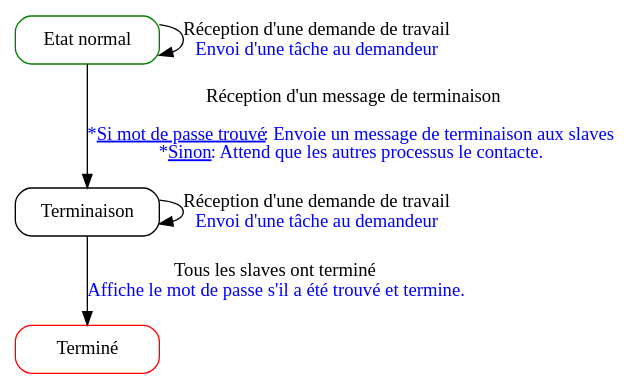
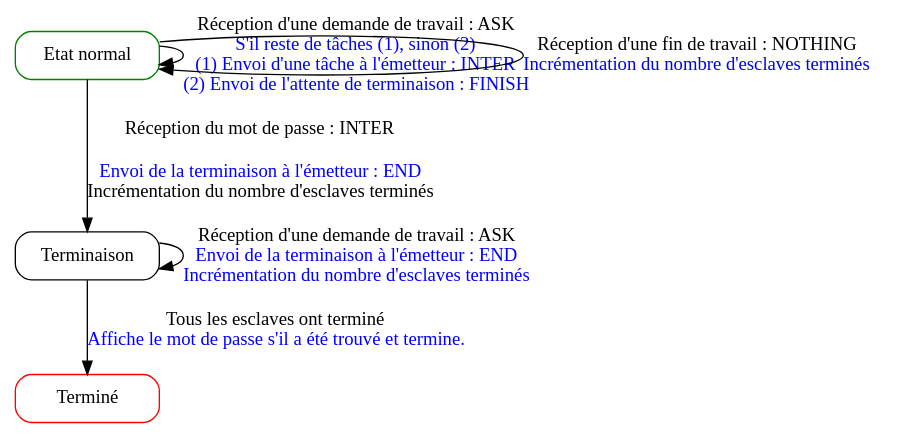
The diagram in rapport/img/automat-master.dot (aurelienfalco/pg305), drawn with Graphviz before and after one commit. The commit also changed 1 other file, not shown here.

```diff
--- a/rapport/img/automat-master.dot
+++ b/rapport/img/automat-master.dot
@@ -1,44 +1,47 @@
 digraph coherence {
 
 graph [fontname = "times"];
 node [fontname = "times"];
 edge [fontname = "times"];
 
     node
         [shape=Mrecord width=1.5];
 
     subgraph process_automaton {
 
         label="Process";
 
         //
         // States (Nodes)
         //
 
         "Process::Normal"
             [root="true" color="green" label="{Etat normal}"];
 
         "Process::Terminaison"
             [label="{Terminaison}"];
 
         "Process::Terminé"
             [color="red" label="{Terminé}"];
 
         //
         // Transitions (Edges)
         //
 
         "Process::Normal" -> "Process::Normal"
-            [label=<Réception d'une demande de travail<BR/><FONT color="blue">Envoi d'une tâche au demandeur</FONT>>];
+            [label=<Réception d'une demande de travail : ASK<BR/><FONT color="blue">S'il reste de tâches (1), sinon (2)<BR/>(1) Envoi d'une tâche à l'émetteur : INTER<BR/>(2) Envoi de l'attente de terminaison : FINISH</FONT>>];
 
+	 "Process::Normal" -> "Process::Normal"
+            [label=<Réception d'une fin de travail : NOTHING<BR/><FONT color="blue">Incrémentation du nombre d'esclaves terminés</FONT>>];
+	    
         "Process::Normal" -> "Process::Terminaison"
-            [label=<Réception d'un message de terminaison<BR/><FONT color="blue"><BR/>*<u>Si mot de passe trouvé</u> : Envoie un message de terminaison aux slaves<BR/>*<u>Sinon</u> : Attend que les autres processus le contacte.</FONT>>];
+            [label=<Réception du mot de passe : INTER<BR/><FONT color="blue"><BR/>Envoi de la terminaison à l'émetteur : END</FONT><BR/>Incrémentation du nombre d'esclaves terminés>];
 
         "Process::Terminaison" -> "Process::Terminaison"
-            [label=<Réception d'une demande de travail<BR/><FONT color="blue">Envoi d'une tâche au demandeur</FONT>>];
-
+            [label=<Réception d'une demande de travail : ASK<BR/><FONT color="blue">Envoi de la terminaison à l'émetteur : END<BR/>Incrémentation du nombre d'esclaves terminés</FONT>>];
+	    
         "Process::Terminaison" -> "Process::Terminé"
-            [label=<Tous les slaves ont terminé<BR/><FONT color="blue">Affiche le mot de passe s'il a été trouvé et termine.</FONT>>];    
+            [label=<Tous les esclaves ont terminé<BR/><FONT color="blue">Affiche le mot de passe s'il a été trouvé et termine.</FONT>>];    
     }
 
 }
```
